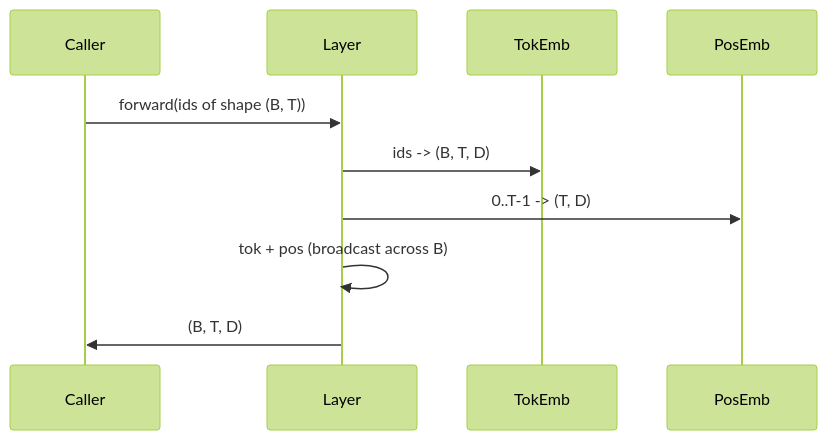
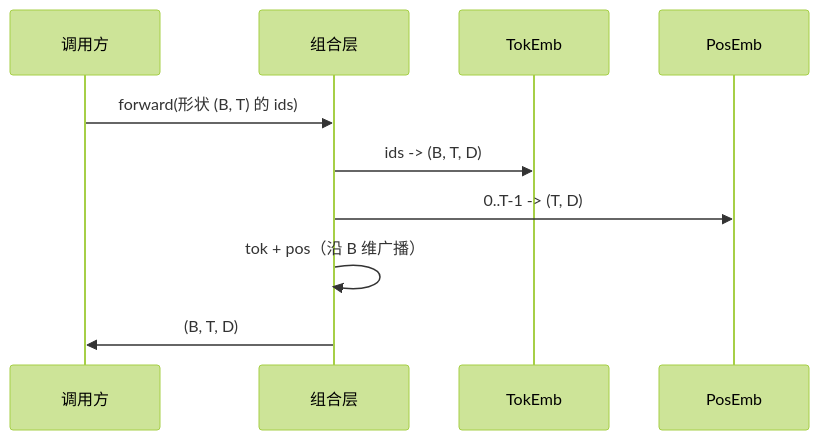
The second of 2 diagrams in phases/19-capstone-projects/32-token-positional-embeddings/docs/zh.md (alessandrodinisio-ai/ai-engineering-learning-framework), drawn with Mermaid (forest theme) before and after one commit. The commit also changed other lines of this file and 120 other files, not shown here.

First line of the commit message:
i18n(mermaid): 337 个 mermaid 图表标签中文化

````diff
--- a/phases/19-capstone-projects/32-token-positional-embeddings/docs/zh.md
+++ b/phases/19-capstone-projects/32-token-positional-embeddings/docs/zh.md
@@ -82,12 +82,12 @@
 ```mermaid
 sequenceDiagram
-    participant Caller
-    participant Layer
+    participant Caller as 调用方
+    participant Layer as 组合层
     participant TokEmb
     participant PosEmb
-    Caller->>Layer: forward(ids of shape (B, T))
+    Caller->>Layer: forward(形状 (B, T) 的 ids)
     Layer->>TokEmb: ids -> (B, T, D)
     Layer->>PosEmb: 0..T-1 -> (T, D)
-    Layer->>Layer: tok + pos (broadcast across B)
+    Layer->>Layer: tok + pos（沿 B 维广播）
     Layer->>Caller: (B, T, D)
 ```
````
